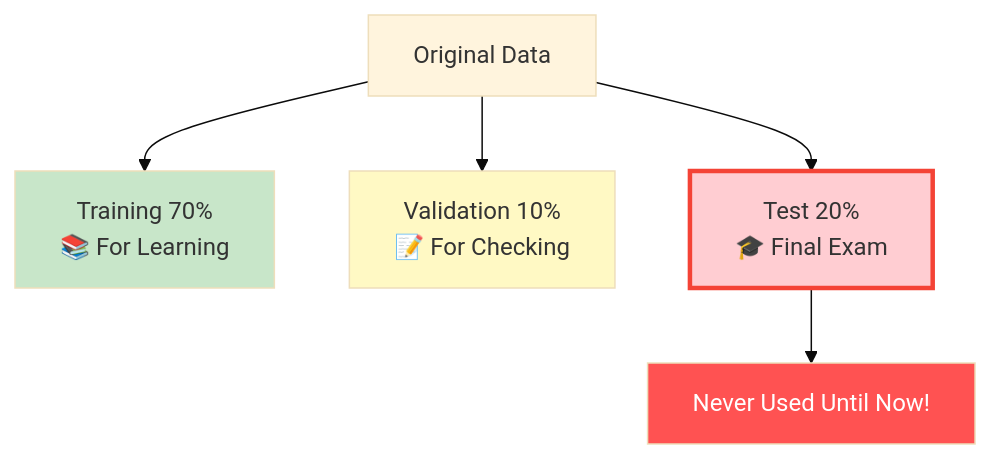
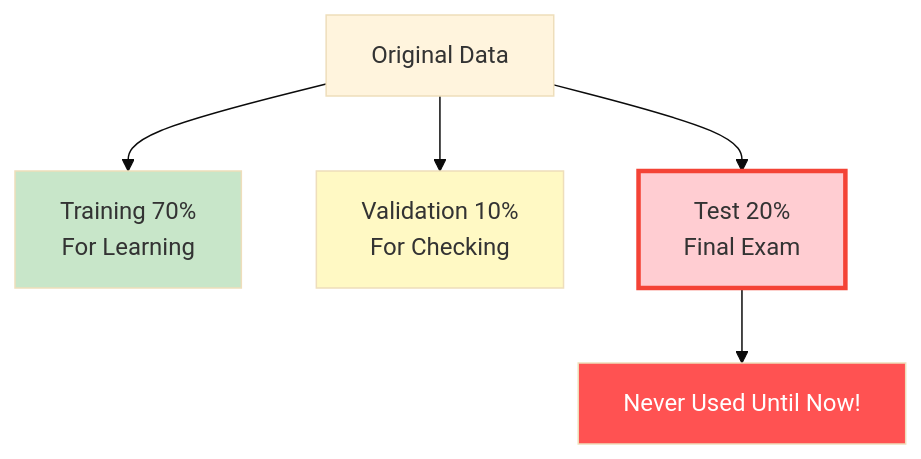
One commit to SITES-spectral/phenocai changed the third of 16 diagrams in docs/workflow_evaluation.md. Above: the diagram before and after it, drawn with Mermaid (base theme). The commit also changed other lines of this file and 4 other files, not shown here.

````diff
--- a/docs/workflow_evaluation.md
+++ b/docs/workflow_evaluation.md
@@ -41,13 +41,13 @@
 ```mermaid
 graph TD
-    A[Original Data] --> B[Training 70%<br/>📚 For Learning]
-    A --> C[Validation 10%<br/>📝 For Checking]
-    A --> D[Test 20%<br/>🎓 Final Exam]
+    A[Original Data] --> B[Training 70%<br/>For Learning]
+    A --> C[Validation 10%<br/>For Checking]
+    A --> D[Test 20%<br/>Final Exam]
     
     D --> E[Never Used Until Now!]
     
     style B fill:#c8e6c9
     style C fill:#fff9c4
     style D fill:#ffcdd2,stroke:#f44336,stroke-width:3px
     style E fill:#ff5252,color:#fff
 ```
````
